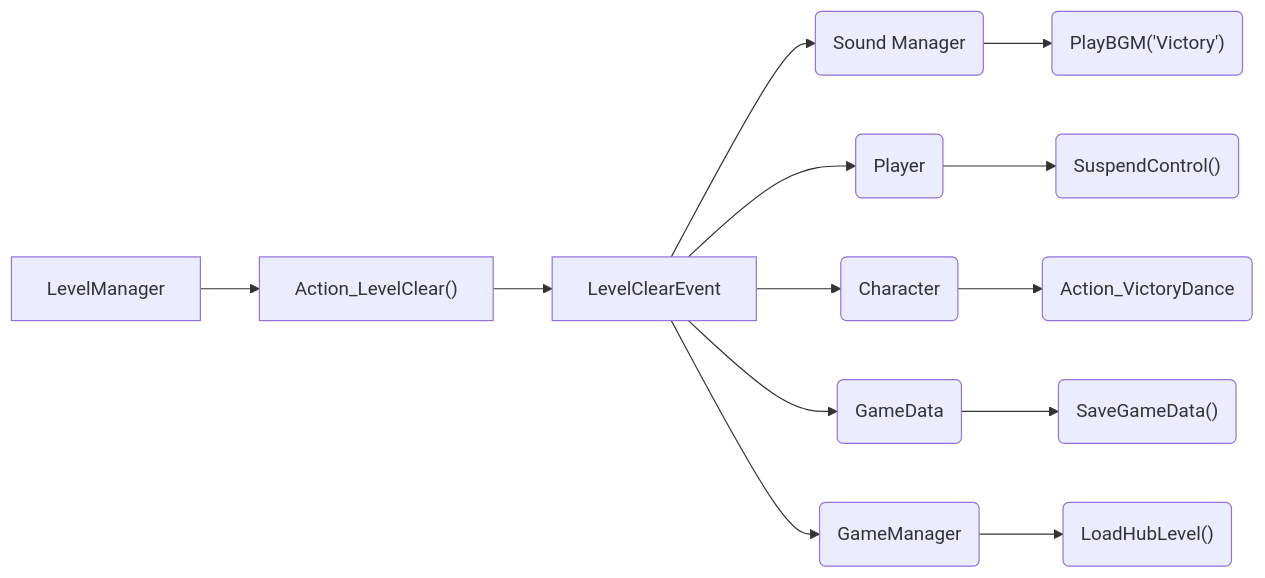
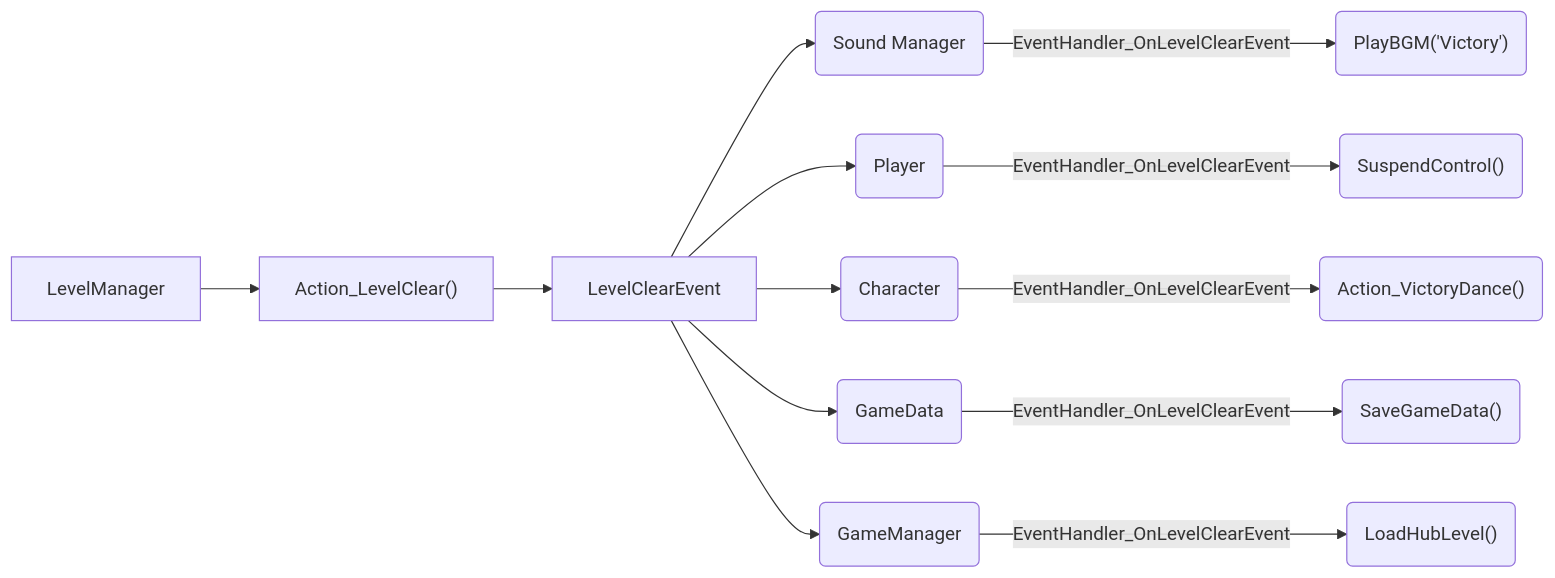
The first of 2 diagrams in EventFlow.md (gsg-jay/GamePatterns), drawn with Mermaid before and after one commit. The commit also changed other lines of this file, not shown here.

````diff
--- a/EventFlow.md
+++ b/EventFlow.md
@@ -1,11 +3,11 @@
 ```mermaid
 flowchart LR;
 lm["LevelManager"]
 lm-->lc["Action_LevelClear()"]
 lc-->e["LevelClearEvent"]
-e-->sm("Sound Manager")-->smeh("PlayBGM('Victory')")
-e-->p("Player")-->peh("SuspendControl()")
-e-->ch("Character")-->cheh("Action_VictoryDance")
-e-->gd("GameData")-->gdeh("SaveGameData()")
-e-->gm("GameManager")-->gmeh("LoadHubLevel()");
+e-->sm("Sound Manager")-->|EventHandler_OnLevelClearEvent|smeh("PlayBGM('Victory')")
+e-->p("Player")-->|EventHandler_OnLevelClearEvent|peh("SuspendControl()")
+e-->ch("Character")-->|EventHandler_OnLevelClearEvent|cheh("Action_VictoryDance()")
+e-->gd("GameData")-->|EventHandler_OnLevelClearEvent|gdeh("SaveGameData()")
+e-->gm("GameManager")-->|EventHandler_OnLevelClearEvent|gmeh("LoadHubLevel()");
 ```
````
